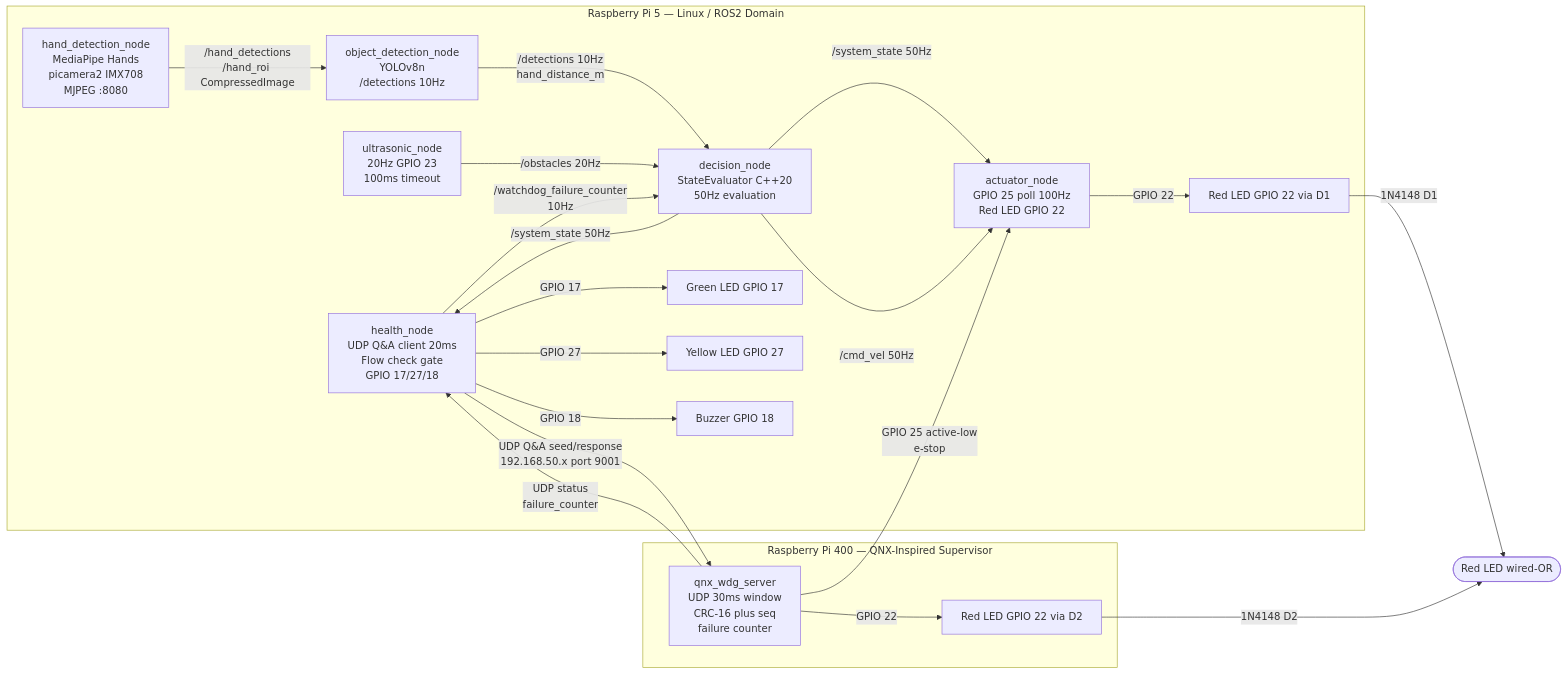
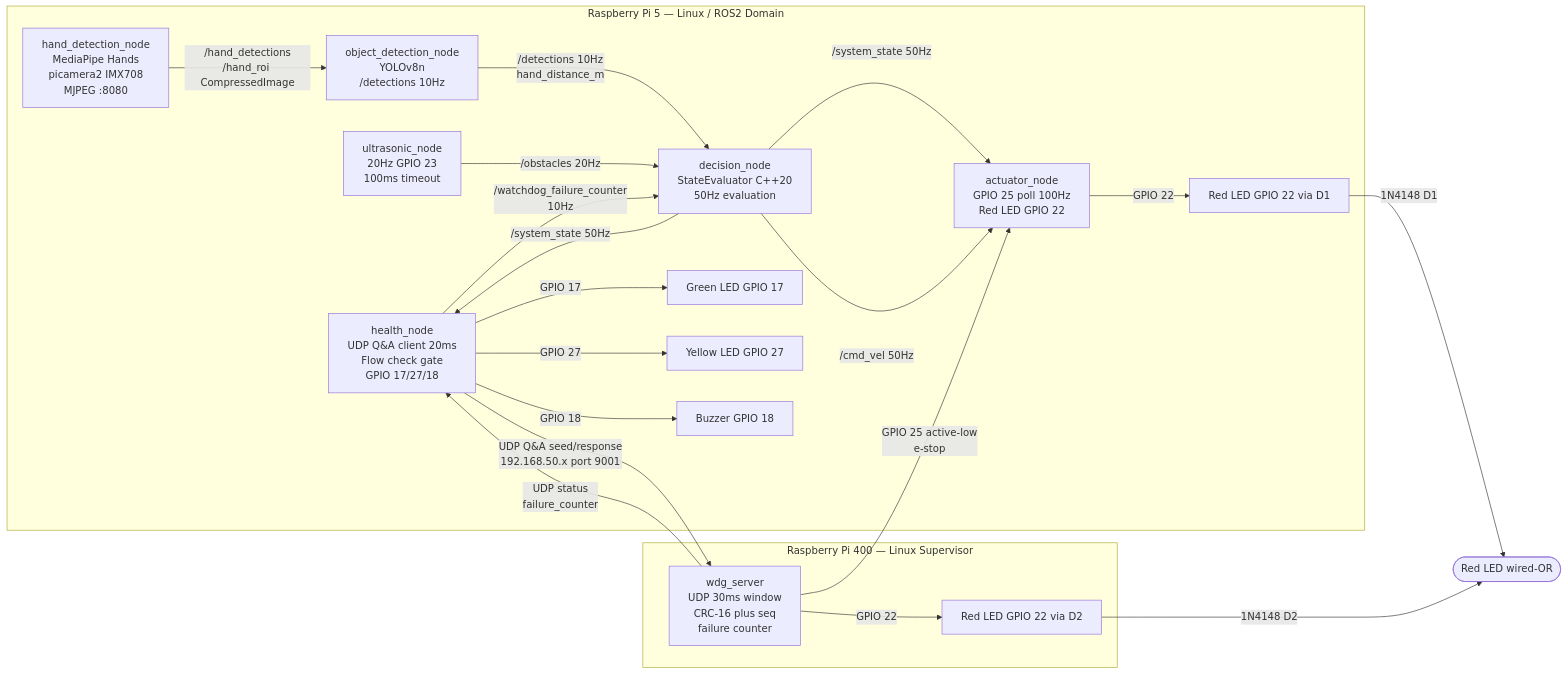
The third of 11 diagrams in docs/sysml/architecture_diagrams.md (tipou82/safety-supervised-edge-ai-demo), drawn with Mermaid before and after one commit. The commit also changed other lines of this file and 19 other files, not shown here.

````diff
--- a/docs/sysml/architecture_diagrams.md
+++ b/docs/sysml/architecture_diagrams.md
@@ -186,41 +186,41 @@
 ```mermaid
 graph LR
     subgraph Pi5["Raspberry Pi 5 — Linux / ROS2 Domain"]
         HN["health_node\nUDP Q&A client 20ms\nFlow check gate\nGPIO 17/27/18"]
         HDN["hand_detection_node\nMediaPipe Hands\npicamera2 IMX708\nMJPEG :8080"]
         ODN["object_detection_node\nYOLOv8n\n/detections 10Hz"]
         UN["ultrasonic_node\n20Hz GPIO 23\n100ms timeout"]
         DN["decision_node\nStateEvaluator C++20\n50Hz evaluation"]
         AN["actuator_node\nGPIO 25 poll 100Hz\nRed LED GPIO 22"]
         GREEN["Green LED GPIO 17"]
         YELLOW["Yellow LED GPIO 27"]
         BUZZER["Buzzer GPIO 18"]
         RED_PI5["Red LED GPIO 22 via D1"]
     end
 
-    subgraph Pi400["Raspberry Pi 400 — QNX-Inspired Supervisor"]
-        WDG["qnx_wdg_server\nUDP 30ms window\nCRC-16 plus seq\nfailure counter"]
+    subgraph Pi400["Raspberry Pi 400 — Linux Supervisor"]
+        WDG["wdg_server\nUDP 30ms window\nCRC-16 plus seq\nfailure counter"]
         RED_PI400["Red LED GPIO 22 via D2"]
     end
 
     HN  -->|"UDP Q&A seed/response\n192.168.50.x port 9001"| WDG
     WDG -->|"UDP status\nfailure_counter"| HN
     WDG -->|"GPIO 25 active-low\ne-stop"| AN
 
     RED_PI5   -->|"1N4148 D1"| REDLED(["Red LED wired-OR"])
     RED_PI400 -->|"1N4148 D2"| REDLED
 
     HDN -->|"/hand_detections\n/hand_roi CompressedImage"| ODN
     ODN -->|"/detections 10Hz\nhand_distance_m"| DN
     UN  -->|"/obstacles 20Hz"| DN
     HN  -->|"/watchdog_failure_counter\n10Hz"| DN
     DN  -->|"/system_state 50Hz"| HN
     DN  -->|"/system_state 50Hz"| AN
     DN  -->|"/cmd_vel 50Hz"| AN
 
     HN  -->|"GPIO 17"| GREEN
     HN  -->|"GPIO 27"| YELLOW
     HN  -->|"GPIO 18"| BUZZER
     AN  -->|"GPIO 22"| RED_PI5
     WDG -->|"GPIO 22"| RED_PI400
 ```
````
